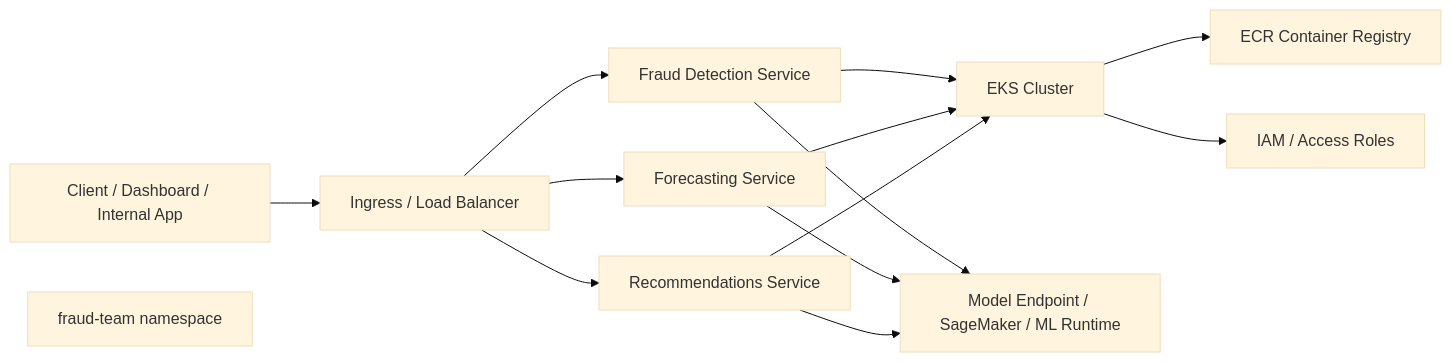
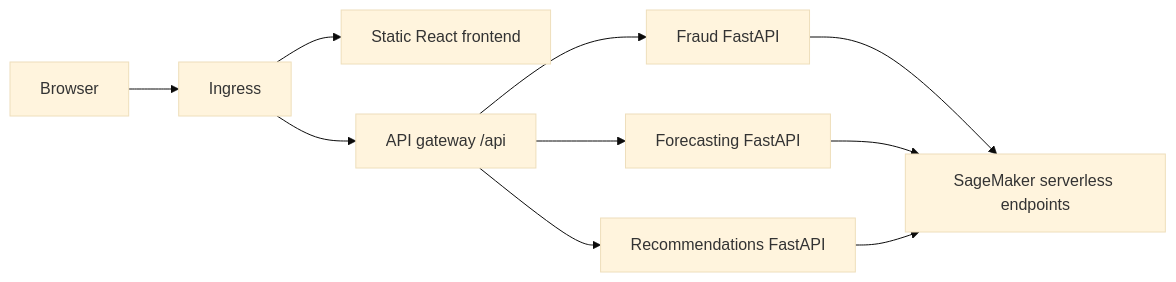
The diagram in README.md (anthonycarlock1/assessment-iv-ml-platform), drawn with Mermaid (base theme) before and after one commit. The commit also changed other lines of this file and 147 other files, not shown here.

````diff
--- a/README.md
+++ b/README.md
@@ -15,29 +7,12 @@
 ```mermaid
 flowchart LR
-    User[Client / Dashboard / Internal App]
-    Ingress[Ingress / Load Balancer]
-    NS[fraud-team namespace]
-    Fraud[Fraud Detection Service]
-    Forecast[Forecasting Service]
-    Rec[Recommendations Service]
-    EKS[EKS Cluster]
-    ECR[ECR Container Registry]
-    IAM[IAM / Access Roles]
-    Model[Model Endpoint / SageMaker / ML Runtime]
-
-    User --> Ingress
-    Ingress --> Fraud
-    Ingress --> Forecast
-    Ingress --> Rec
-
-    Fraud --> EKS
-    Forecast --> EKS
-    Rec --> EKS
-
-    Fraud --> Model
-    Forecast --> Model
-    Rec --> Model
-
-    EKS --> ECR
-    EKS --> IAM
+  Browser --> Ingress
+  Ingress --> Frontend[Static React frontend]
+  Ingress --> Gateway[API gateway /api]
+  Gateway --> Fraud[Fraud FastAPI]
+  Gateway --> Forecast[Forecasting FastAPI]
+  Gateway --> Recommendations[Recommendations FastAPI]
+  Fraud --> Models[SageMaker serverless endpoints]
+  Forecast --> Models
+  Recommendations --> Models
 ```
````
